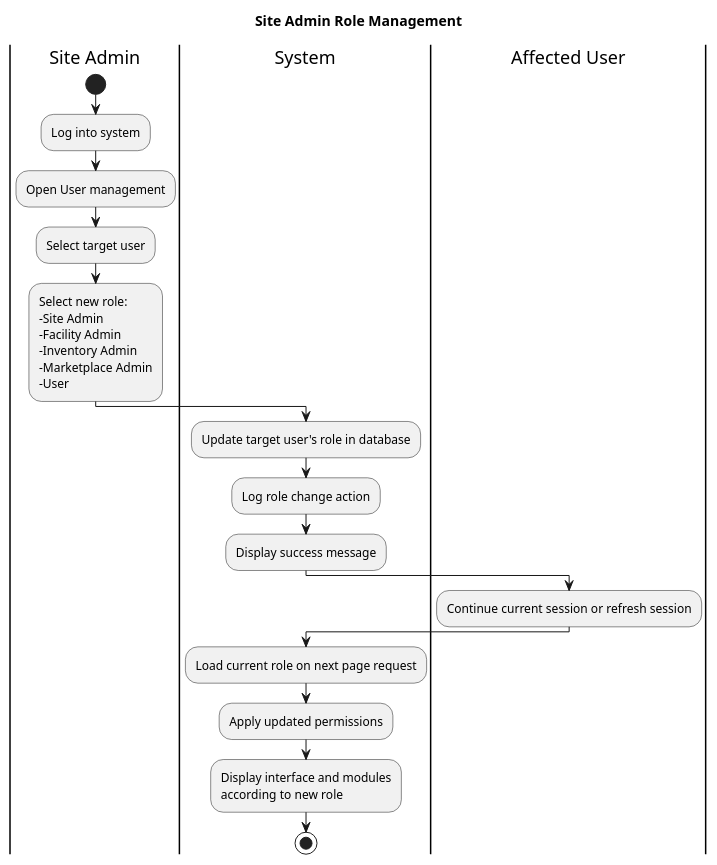
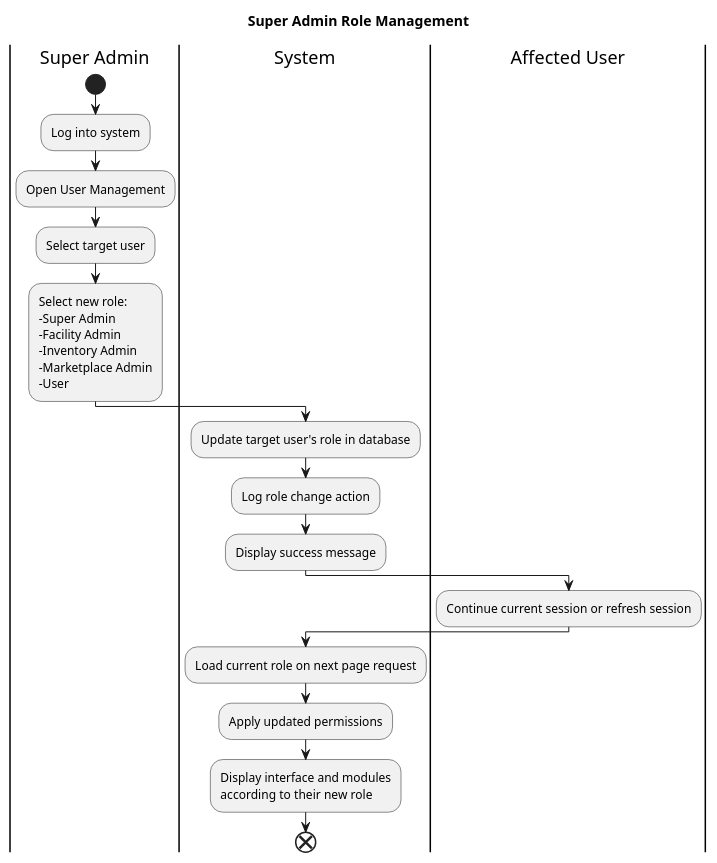
The diagram in activityDiagrams/Site Admin Role Management.puml (JanPerez35/PlantUML), drawn with PlantUML before and after one commit. The commit also changed 10 other files, not shown here.

Commit message:
Updated use case and activity diagrams.

```diff
--- a/activityDiagrams/Site Admin Role Management.puml
+++ b/activityDiagrams/Site Admin Role Management.puml
@@ -1,30 +1,30 @@
 @startuml
-title Site Admin Role Management
+title Super Admin Role Management
 
-|Site Admin|
+|Super Admin|
 start
 :Log into system;
-:Open User management;
+:Open User Management;
 :Select target user;
 :Select new role:
--Site Admin
+-Super Admin
 -Facility Admin
 -Inventory Admin
 -Marketplace Admin
 -User;
 
 |System|
 :Update target user's role in database;
 :Log role change action;
 :Display success message;
 
 |Affected User|
 :Continue current session or refresh session;
 
 |System|
 :Load current role on next page request;
 :Apply updated permissions;
-:Display interface and modules\naccording to new role;
+:Display interface and modules\naccording to their new role;
 
-stop
+end
 @enduml
```
